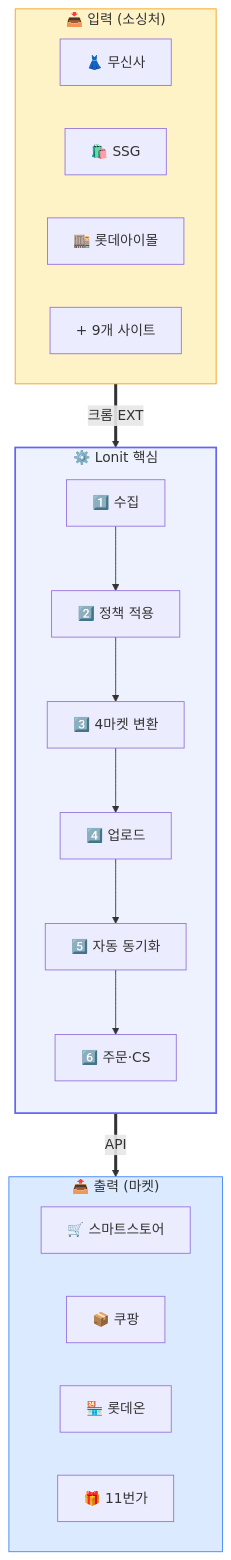
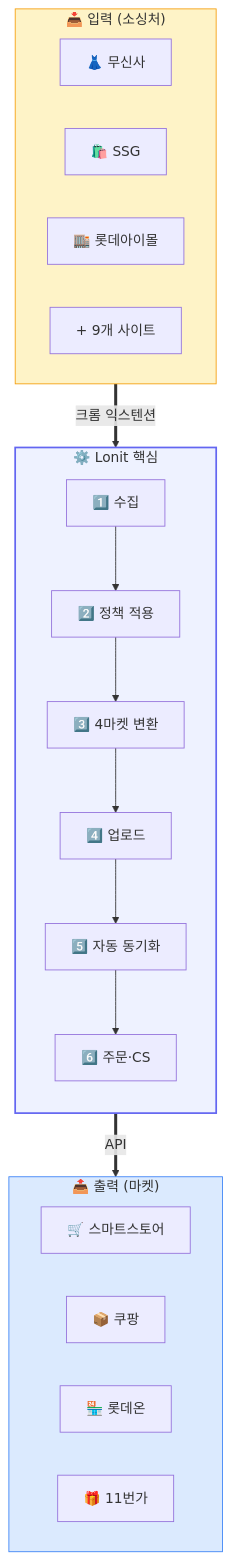
One commit to cksdud5785-design/lonit-manual changed the first of 10 diagrams in docs/02-architecture.md. Above: the diagram before and after it, drawn with Mermaid. The commit also changed other lines of this file and 4 other files, not shown here.

First line of the commit message:
fix: mermaid 라벨 false positive 한국어 복원

````diff
--- a/docs/02-architecture.md
+++ b/docs/02-architecture.md
@@ -11,34 +11,34 @@
 ```mermaid
 flowchart TB
     subgraph INPUT["📥 입력 (소싱처)"]
         direction LR
         I1[👗 무신사]
         I2[🛍️ SSG]
         I3[🏬 롯데아이몰]
         I4[+ 9개 사이트]
     end
 
     subgraph CORE["⚙️ Lonit 핵심"]
         direction TB
         S1[1️⃣ 수집] --> S2[2️⃣ 정책 적용]
         S2 --> S3[3️⃣ 4마켓 변환]
         S3 --> S4[4️⃣ 업로드]
         S4 --> S5[5️⃣ 자동 동기화]
         S5 --> S6[6️⃣ 주문·CS]
     end
 
     subgraph OUTPUT["📤 출력 (마켓)"]
         direction LR
         O1[🛒 스마트스토어]
         O2[📦 쿠팡]
         O3[🏪 롯데온]
         O4[🎁 11번가]
     end
 
-    INPUT ==>|크롬 EXT| CORE
+    INPUT ==>|크롬 익스텐션| CORE
     CORE ==>|API| OUTPUT
     
     style CORE fill:#eef2ff,stroke:#6366f1,stroke-width:2px
     style INPUT fill:#fef3c7,stroke:#f59e0b
     style OUTPUT fill:#dbeafe,stroke:#3b82f6
 ```
````
